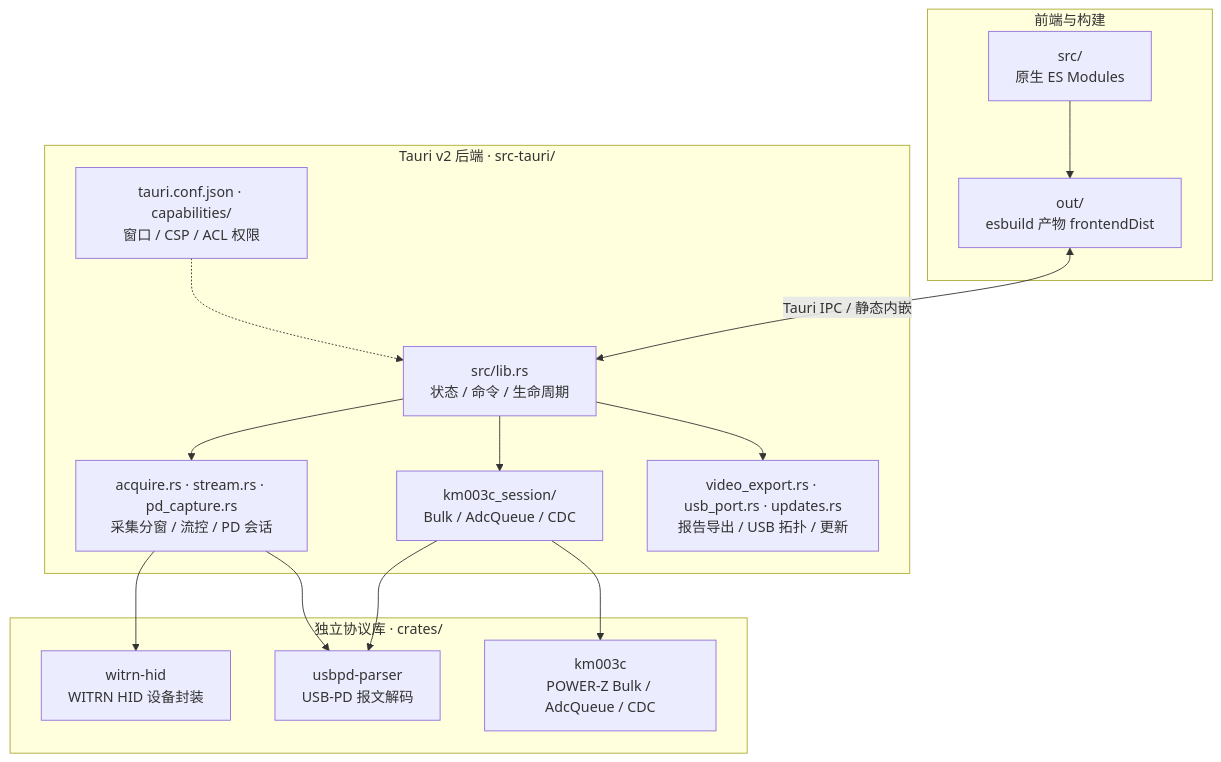
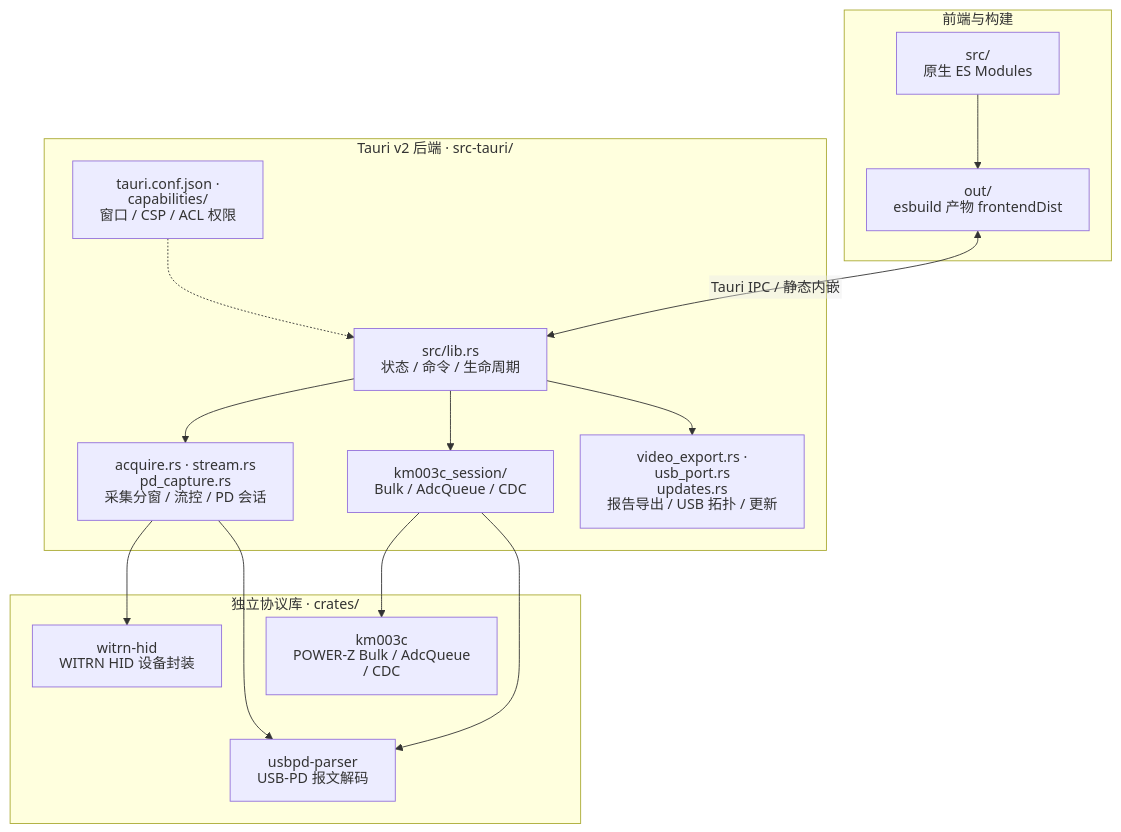
The first of 4 diagrams in docs/ARCHITECTURE.md (KHWLGH/laPower), drawn with Mermaid before and after one commit. The commit also changed other lines of this file and 1 other file, not shown here.

Commit message:
docs: fix Mermaid label rendering

````diff
--- a/docs/ARCHITECTURE.md
+++ b/docs/ARCHITECTURE.md
@@ -22,30 +22,39 @@
 ```mermaid
+---
+config:
+  htmlLabels: false
+  flowchart:
+    nodeSpacing: 30
+    wrappingWidth: 200
+---
 flowchart TB
   subgraph FE["前端与构建"]
     SRC["src/<br/>原生 ES Modules"] --> OUT["out/<br/>esbuild 产物 frontendDist"]
   end
 
   subgraph BE["Tauri v2 后端 · src-tauri/"]
     LIB["src/lib.rs<br/>状态 / 命令 / 生命周期"]
-    STREAM["acquire.rs · stream.rs · pd_capture.rs<br/>采集分窗 / 流控 / PD 会话"]
+    STREAM["acquire.rs · stream.rs<br/>pd_capture.rs<br/>采集分窗 / 流控 / PD 会话"]
     KM_SESS["km003c_session/<br/>Bulk / AdcQueue / CDC"]
-    EXPORT["video_export.rs · usb_port.rs · updates.rs<br/>报告导出 / USB 拓扑 / 更新"]
+    EXPORT["video_export.rs · usb_port.rs<br/>updates.rs<br/>报告导出 / USB 拓扑 / 更新"]
     CONF["tauri.conf.json · capabilities/<br/>窗口 / CSP / ACL 权限"]
     LIB --> STREAM
     LIB --> KM_SESS
     LIB --> EXPORT
     CONF -.-> LIB
   end
 
   subgraph CRATES["独立协议库 · crates/"]
     WITRN["witrn-hid<br/>WITRN HID 设备封装"]
     USBPD["usbpd-parser<br/>USB-PD 报文解码"]
     KM["km003c<br/>POWER-Z Bulk / AdcQueue / CDC"]
+    WITRN ~~~ USBPD
+    KM ~~~ USBPD
   end
 
   OUT <-->|"Tauri IPC / 静态内嵌"| LIB
   STREAM --> WITRN
   STREAM --> USBPD
   KM_SESS --> KM
   KM_SESS --> USBPD
 ```
````
